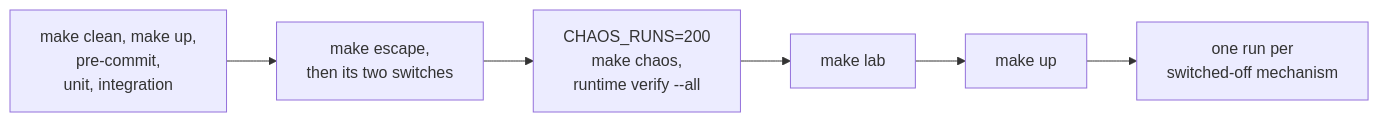
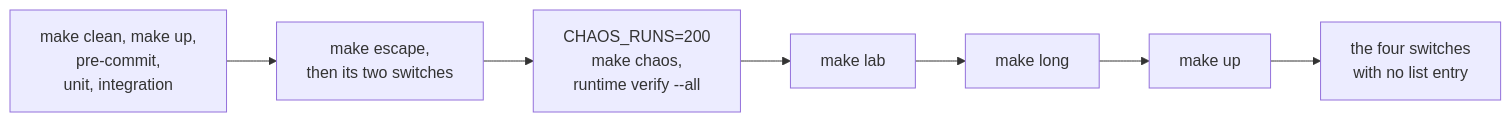
Before and after one commit to sindredg/agent-runtime: the first of 2 diagrams in docs/results/README.md, drawn with Mermaid. The commit also changed other lines of this file and 8 other files, not shown here.

````diff
--- a/docs/results/README.md
+++ b/docs/results/README.md
@@ -24,8 +24,9 @@
 ```mermaid
 flowchart LR
     S1[make clean, make up,<br/>pre-commit,<br/>unit, integration] --> S2[make escape,<br/>then its two switches]
     S2 --> S3[CHAOS_RUNS=200<br/>make chaos,<br/>runtime verify --all]
     S3 --> S4[make lab]
-    S4 --> S5[make up]
-    S5 --> S6[one run per<br/>switched-off mechanism]
+    S4 --> S4b[make long]
+    S4b --> S5[make up]
+    S5 --> S6[the four switches<br/>with no list entry]
 ```
````
